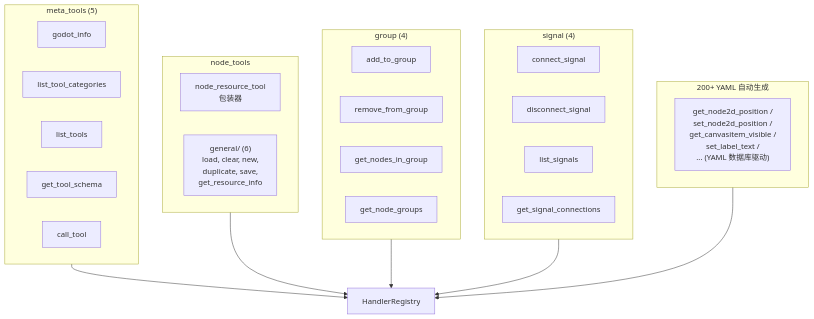
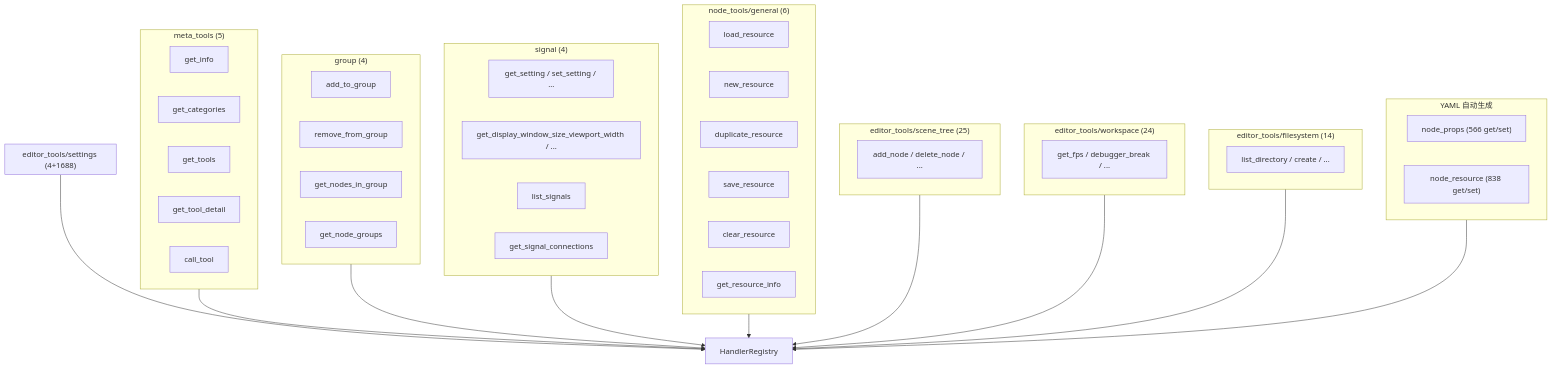
Before and after one commit to jesspig/GodotMCP-GDExtension: the diagram in .repo_wiki/reference/tools-catalog.md, drawn with Mermaid. The commit also changed other lines of this file and 10 other files, not shown here.

First line of the commit message:
docs(wiki): 同步知识库至最新代码状态（settings/filesystem 工具集、PCH 移除）

````diff
--- a/.repo_wiki/reference/tools-catalog.md
+++ b/.repo_wiki/reference/tools-catalog.md
@@ -45,34 +48,56 @@
 ```mermaid
 flowchart TB
     subgraph Meta["meta_tools (5)"]
-        M1[godot_info]
-        M2[list_tool_categories]
-        M3[list_tools]
-        M4[get_tool_schema]
+        M1[get_info]
+        M2[get_categories]
+        M3[get_tools]
+        M4[get_tool_detail]
         M5[call_tool]
-    end
-    subgraph NodeTools["node_tools"]
-        N1[node_resource_tool<br/>包装器]
-        N2["general/ (6)<br/>load, clear, new,<br/>duplicate, save,<br/>get_resource_info"]
     end
     subgraph Group["group (4)"]
         G1[add_to_group]
         G2[remove_from_group]
         G3[get_nodes_in_group]
         G4[get_node_groups]
     end
     subgraph Signal["signal (4)"]
         S1[connect_signal]
         S2[disconnect_signal]
         S3[list_signals]
         S4[get_signal_connections]
     end
-    subgraph Generated["200+ YAML 自动生成"]
-        GEN["get_node2d_position /<br/>set_node2d_position /<br/>get_canvasitem_visible /<br/>set_label_text /<br/>... (YAML 数据库驱动)"]
+    subgraph Resources["node_tools/general (6)"]
+        R1[load_resource]
+        R2[new_resource]
+        R3[duplicate_resource]
+        R4[save_resource]
+        R5[clear_resource]
+        R6[get_resource_info]
     end
-    Meta --> HandlerRegistry
-    NodeTools --> HandlerRegistry
-    Group --> HandlerRegistry
-    Signal --> HandlerRegistry
-    Generated --> HandlerRegistry
+    subgraph Scene["editor_tools/scene_tree (25)"]
+        SC1[add_node / delete_node / ...]
+    end
+    subgraph Workspace["editor_tools/workspace (24)"]
+        W1[get_fps / debugger_break / ...]
+    end
+    subgraph FS["editor_tools/filesystem (14)"]
+        F1[list_directory / create / ...]
+    end
+    subgraph Settings["editor_tools/settings (4+1688)"]
+        S1[get_setting / set_setting / ...]
+        S2[get_display_window_size_viewport_width / ...]
+    end
+    subgraph Generated["YAML 自动生成"]
+        GEN1["node_props (566 get/set)"]
+        GEN2["node_resource (838 get/set)"]
+    end
+    Meta --> Registry["HandlerRegistry"]
+    Group --> Registry
+    Signal --> Registry
+    Resources --> Registry
+    Scene --> Registry
+    Workspace --> Registry
+    FS --> Registry
+    Settings --> Registry
+    Generated --> Registry
 ```
````
